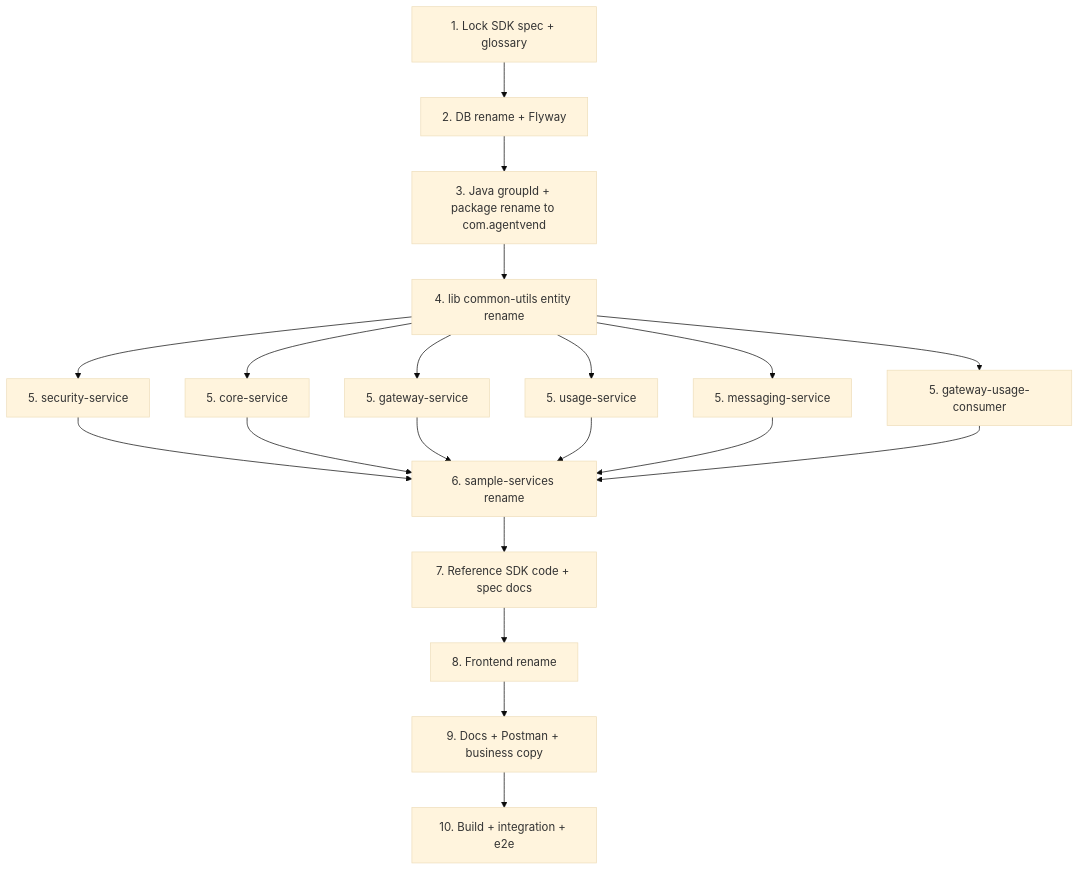
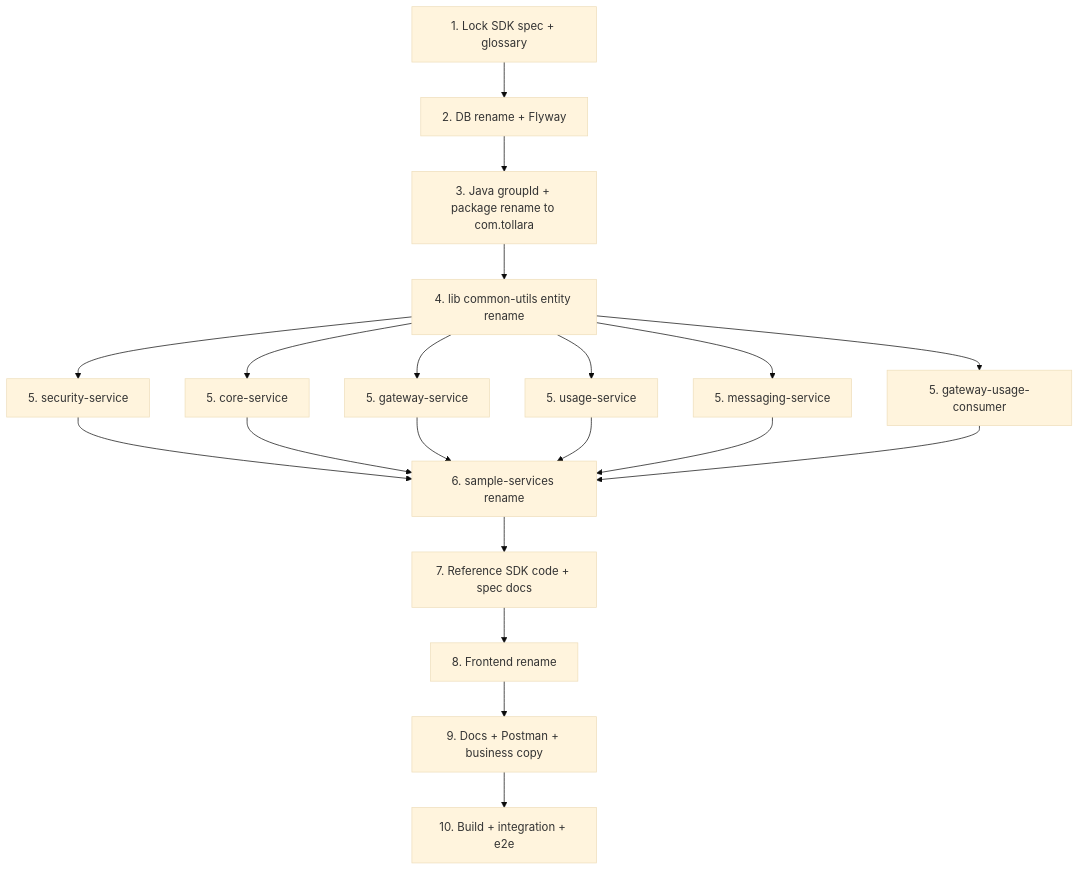
The diagram in docs-sdk/rename_agent_service_entities_1546cd46.plan.md (tollara/tollara-sdk), drawn with Mermaid (base theme) before and after one commit. The commit also changed other lines of this file and 195 other files, not shown here.

````diff
--- a/docs-sdk/rename_agent_service_entities_1546cd46.plan.md
+++ b/docs-sdk/rename_agent_service_entities_1546cd46.plan.md
@@ -84,22 +84,22 @@
 ```mermaid
 flowchart TB
   spec[1. Lock SDK spec + glossary] --> db[2. DB rename + Flyway]
-  db --> pkgs[3. Java groupId + package rename to com.agentvend]
+  db --> pkgs[3. Java groupId + package rename to com.tollara]
   pkgs --> common[4. lib common-utils entity rename]
   common --> security[5. security-service]
   common --> core[5. core-service]
   common --> gateway[5. gateway-service]
   common --> usage[5. usage-service]
   common --> messaging[5. messaging-service]
   common --> consumer[5. gateway-usage-consumer]
   security --> samples[6. sample-services rename]
   core --> samples
   gateway --> samples
   usage --> samples
   messaging --> samples
   consumer --> samples
   samples --> sdk[7. Reference SDK code + spec docs]
   sdk --> fe[8. Frontend rename]
   fe --> docs[9. Docs + Postman + business copy]
   docs --> verify[10. Build + integration + e2e]
 ```
````
